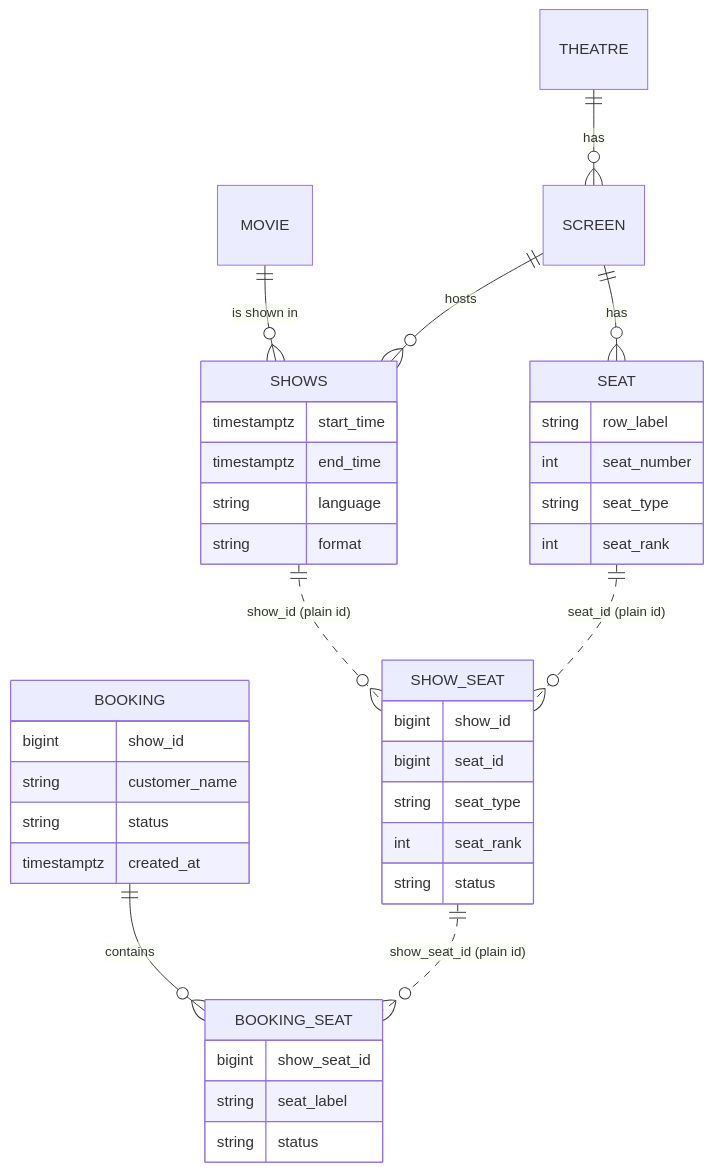
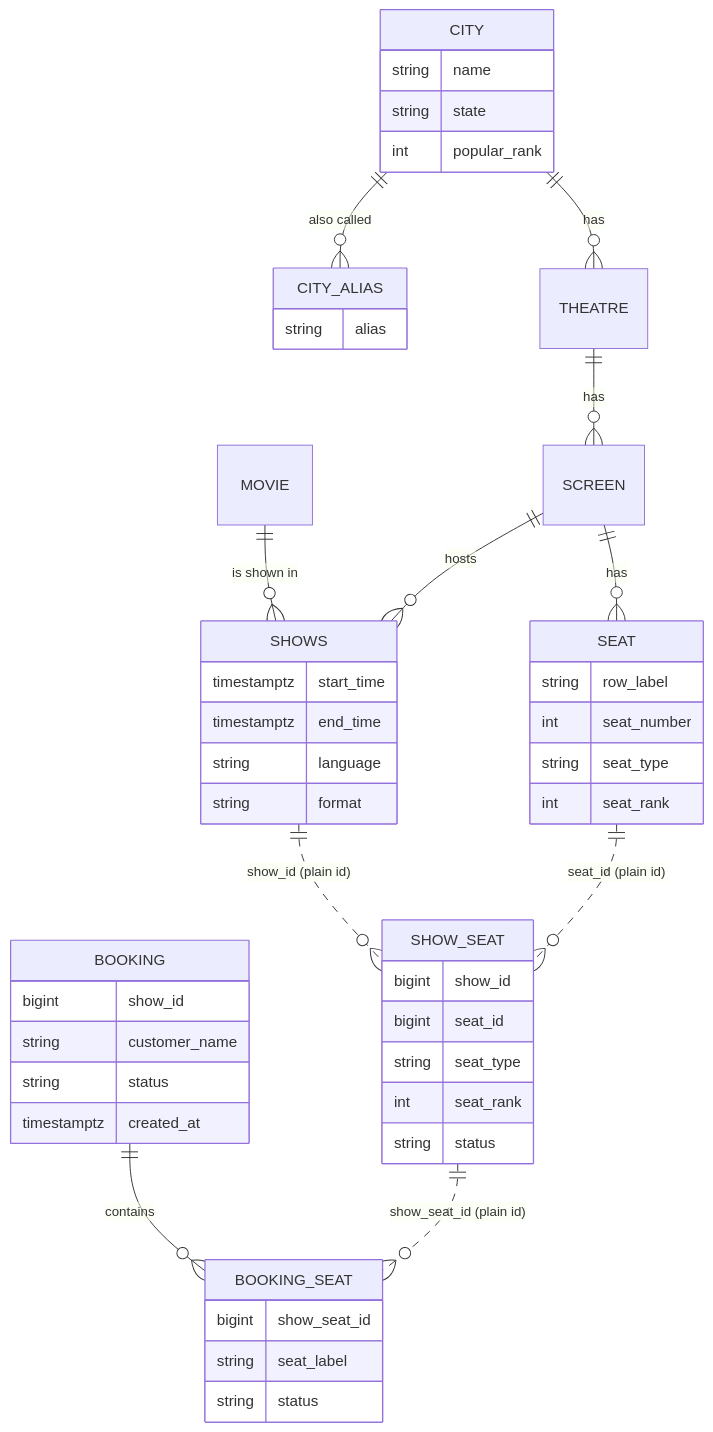
The third of 3 diagrams in README.md (GopiSVDev/seat-lock), drawn with Mermaid before and after one commit. The commit also changed other lines of this file and 19 other files, not shown here.

````diff
--- a/README.md
+++ b/README.md
@@ -217,42 +219,52 @@
 ```mermaid
 erDiagram
+    CITY ||--o{ CITY_ALIAS : "also called"
+    CITY ||--o{ THEATRE : has
     THEATRE ||--o{ SCREEN : has
     SCREEN ||--o{ SEAT : has
     MOVIE ||--o{ SHOWS : "is shown in"
     SCREEN ||--o{ SHOWS : hosts
     SHOWS ||..o{ SHOW_SEAT : "show_id (plain id)"
     SEAT ||..o{ SHOW_SEAT : "seat_id (plain id)"
     BOOKING ||--o{ BOOKING_SEAT : contains
     SHOW_SEAT ||..o{ BOOKING_SEAT : "show_seat_id (plain id)"
 
+    CITY {
+        string name
+        string state
+        int popular_rank
+    }
+    CITY_ALIAS {
+        string alias
+    }
     SEAT {
         string row_label
         int seat_number
         string seat_type
         int seat_rank
     }
     SHOWS {
         timestamptz start_time
         timestamptz end_time
         string language
         string format
     }
     SHOW_SEAT {
         bigint show_id
         bigint seat_id
         string seat_type
         int seat_rank
         string status
     }
     BOOKING {
         bigint show_id
         string customer_name
         string status
         timestamptz created_at
     }
     BOOKING_SEAT {
         bigint show_seat_id
         string seat_label
         string status
     }
 ```
````
